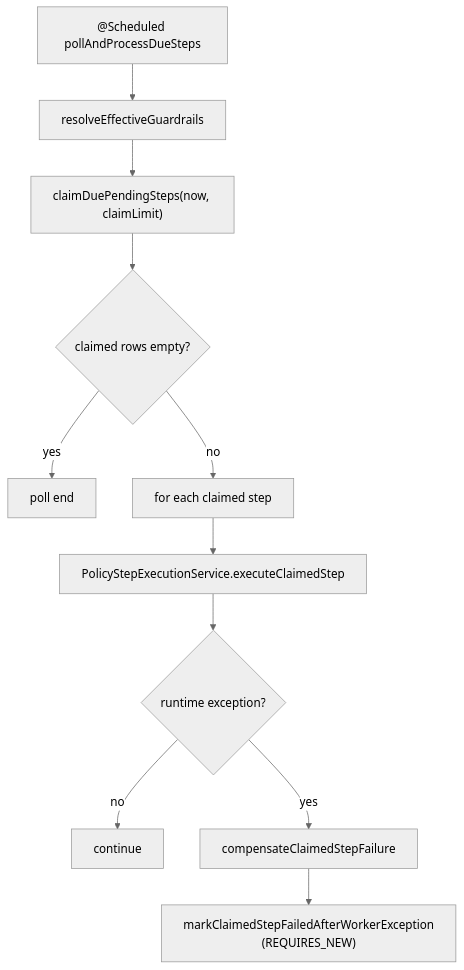
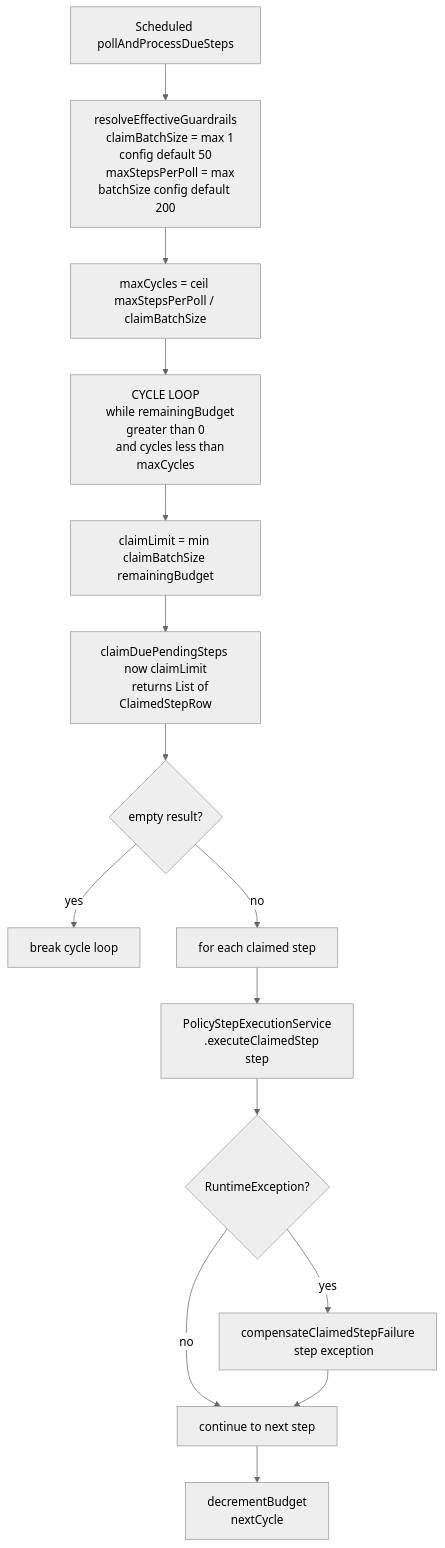
Before and after one commit to sarathkumar365/FUB-Automation: the fifth of 6 diagrams in Docs/features/lead-management-platform/current-state-implementation-deep-dive.md, drawn with Mermaid (neutral theme). The commit also changed other lines of this file, not shown here.

````diff
--- a/Docs/features/lead-management-platform/current-state-implementation-deep-dive.md
+++ b/Docs/features/lead-management-platform/current-state-implementation-deep-dive.md
@@ -256,13 +903,25 @@
 ```mermaid
 flowchart TB
-    A["@Scheduled pollAndProcessDueSteps"] --> B["resolveEffectiveGuardrails"]
-    B --> C["claimDuePendingSteps(now, claimLimit)"]
-    C --> D{"claimed rows empty?"}
-    D -->|"yes"| E["poll end"]
-    D -->|"no"| F["for each claimed step"]
-    F --> G["PolicyStepExecutionService.executeClaimedStep"]
-    G --> H{"runtime exception?"}
-    H -->|"no"| I["continue"]
-    H -->|"yes"| J["compensateClaimedStepFailure"]
-    J --> K["markClaimedStepFailedAfterWorkerException\n(REQUIRES_NEW)"]
+    A["Scheduled pollAndProcessDueSteps"] --> B["resolveEffectiveGuardrails
+    claimBatchSize = max 1 config default 50
+    maxStepsPerPoll = max batchSize config default 200"]
+    B --> C["maxCycles = ceil maxStepsPerPoll / claimBatchSize"]
+    C --> D["CYCLE LOOP
+    while remainingBudget greater than 0
+    and cycles less than maxCycles"]
+    D --> E["claimLimit = min claimBatchSize remainingBudget"]
+    E --> F["claimDuePendingSteps now claimLimit
+    returns List of ClaimedStepRow"]
+    F --> G{"empty result?"}
+    G -->|yes| H["break cycle loop"]
+    G -->|no| I["for each claimed step"]
+    I --> J["PolicyStepExecutionService
+    .executeClaimedStep step"]
+    J --> J1{"RuntimeException?"}
+    J1 -->|no| K["continue to next step"]
+    J1 -->|yes| L["compensateClaimedStepFailure
+    step exception"]
+    L --> K
+    K --> M["decrementBudget
+    nextCycle"]
 ```
````
